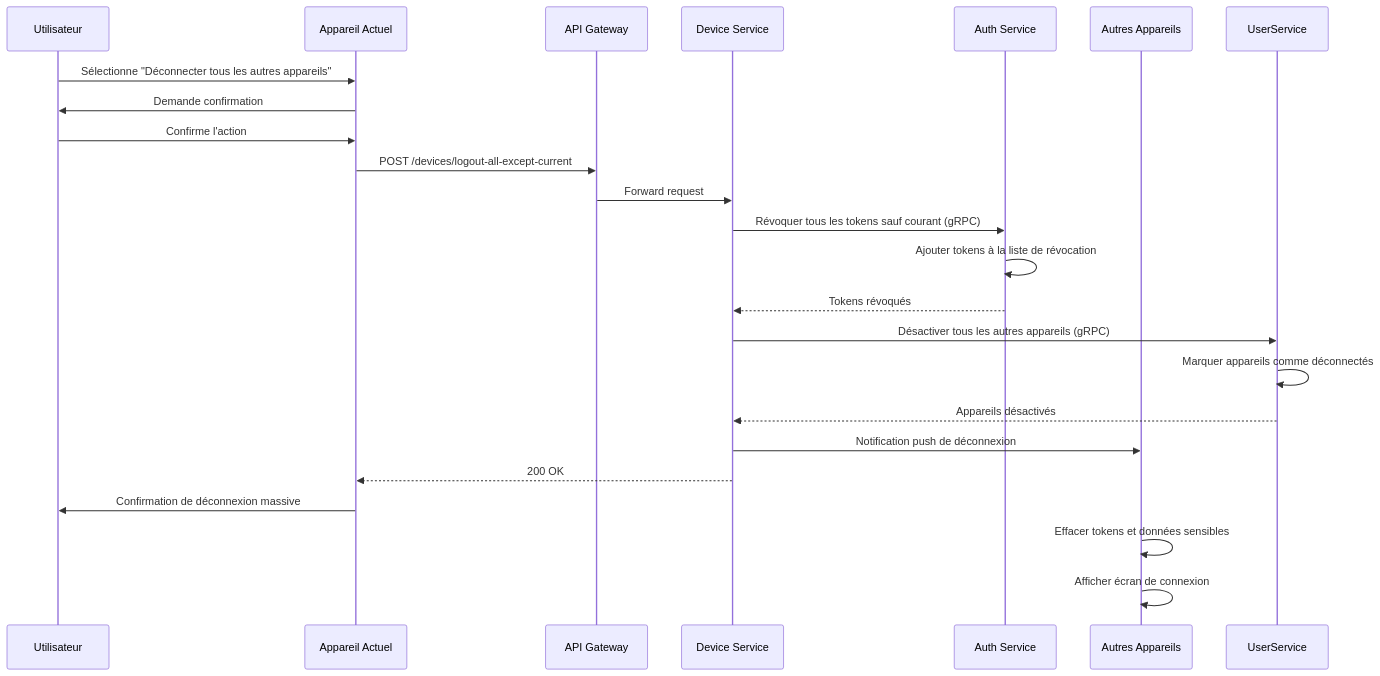
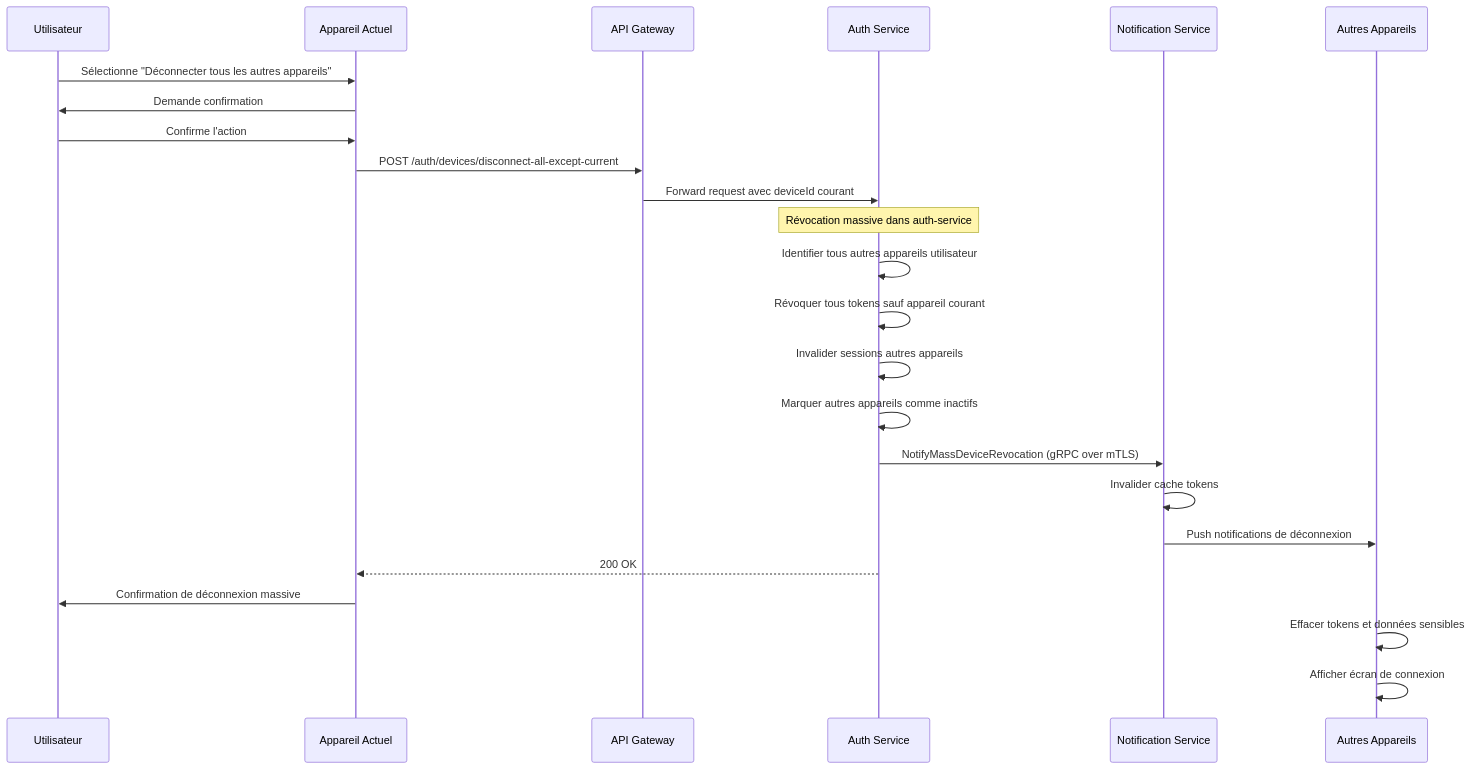
The sixth of 10 diagrams in documentation/2_fonctional_specs/3_devices_management.md (whispr-messenger/auth-service), drawn with Mermaid before and after one commit. The commit also changed other lines of this file and 4 other files, not shown here.

Commit message:
📝 Update devices data managed by auth service

````diff
--- a/documentation/2_fonctional_specs/3_devices_management.md
+++ b/documentation/2_fonctional_specs/3_devices_management.md
@@ -213,31 +373,32 @@
 ```mermaid
 sequenceDiagram
     participant User as Utilisateur
     participant CurrentDevice as Appareil Actuel
     participant APIGateway as API Gateway
-    participant DeviceService as Device Service
     participant AuthService as Auth Service
+    participant NotificationService as Notification Service
     participant OtherDevices as Autres Appareils
     
     User->>CurrentDevice: Sélectionne "Déconnecter tous les autres appareils"
     CurrentDevice->>User: Demande confirmation
     User->>CurrentDevice: Confirme l'action
     
-    CurrentDevice->>APIGateway: POST /devices/logout-all-except-current
-    APIGateway->>DeviceService: Forward request
+    CurrentDevice->>APIGateway: POST /auth/devices/disconnect-all-except-current
+    APIGateway->>AuthService: Forward request avec deviceId courant
     
-    DeviceService->>AuthService: Révoquer tous les tokens sauf courant (gRPC)
-    AuthService->>AuthService: Ajouter tokens à la liste de révocation
-    AuthService-->>DeviceService: Tokens révoqués
+    Note over AuthService: Révocation massive dans auth-service
+    AuthService->>AuthService: Identifier tous autres appareils utilisateur
+    AuthService->>AuthService: Révoquer tous tokens sauf appareil courant
+    AuthService->>AuthService: Invalider sessions autres appareils
+    AuthService->>AuthService: Marquer autres appareils comme inactifs
     
-    DeviceService->>UserService: Désactiver tous les autres appareils (gRPC)
-    UserService->>UserService: Marquer appareils comme déconnectés
-    UserService-->>DeviceService: Appareils désactivés
+    AuthService->>NotificationService: NotifyMassDeviceRevocation (gRPC over mTLS)
+    NotificationService->>NotificationService: Invalider cache tokens
+    NotificationService->>OtherDevices: Push notifications de déconnexion
     
-    DeviceService->>OtherDevices: Notification push de déconnexion
-    DeviceService-->>CurrentDevice: 200 OK
+    AuthService-->>CurrentDevice: 200 OK
     CurrentDevice->>User: Confirmation de déconnexion massive
     
     OtherDevices->>OtherDevices: Effacer tokens et données sensibles
     OtherDevices->>OtherDevices: Afficher écran de connexion
 ```
````
